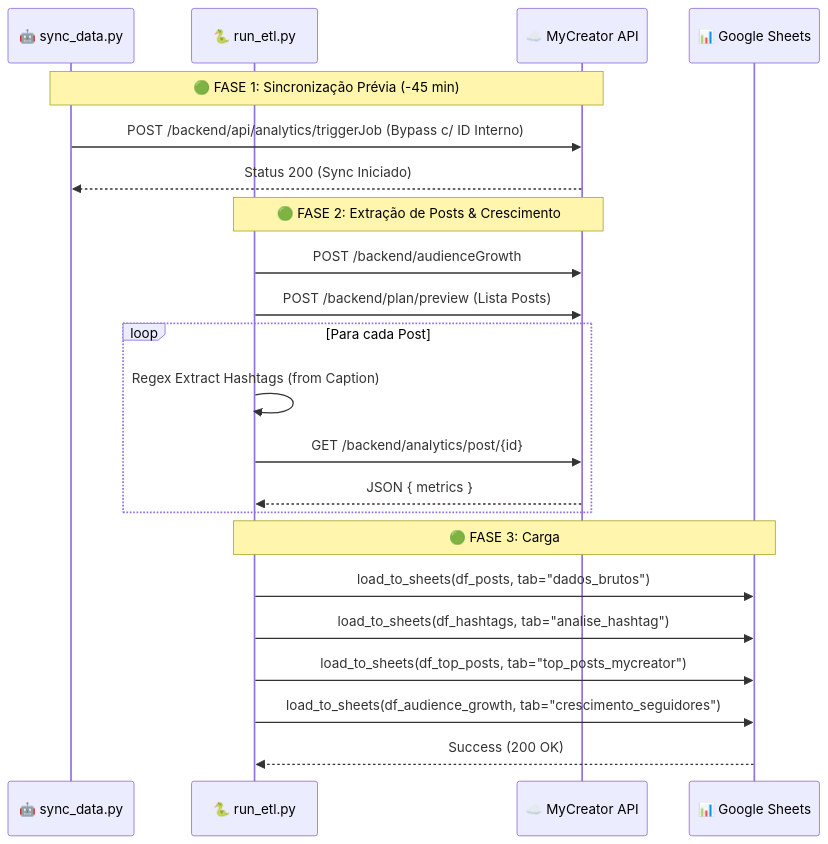
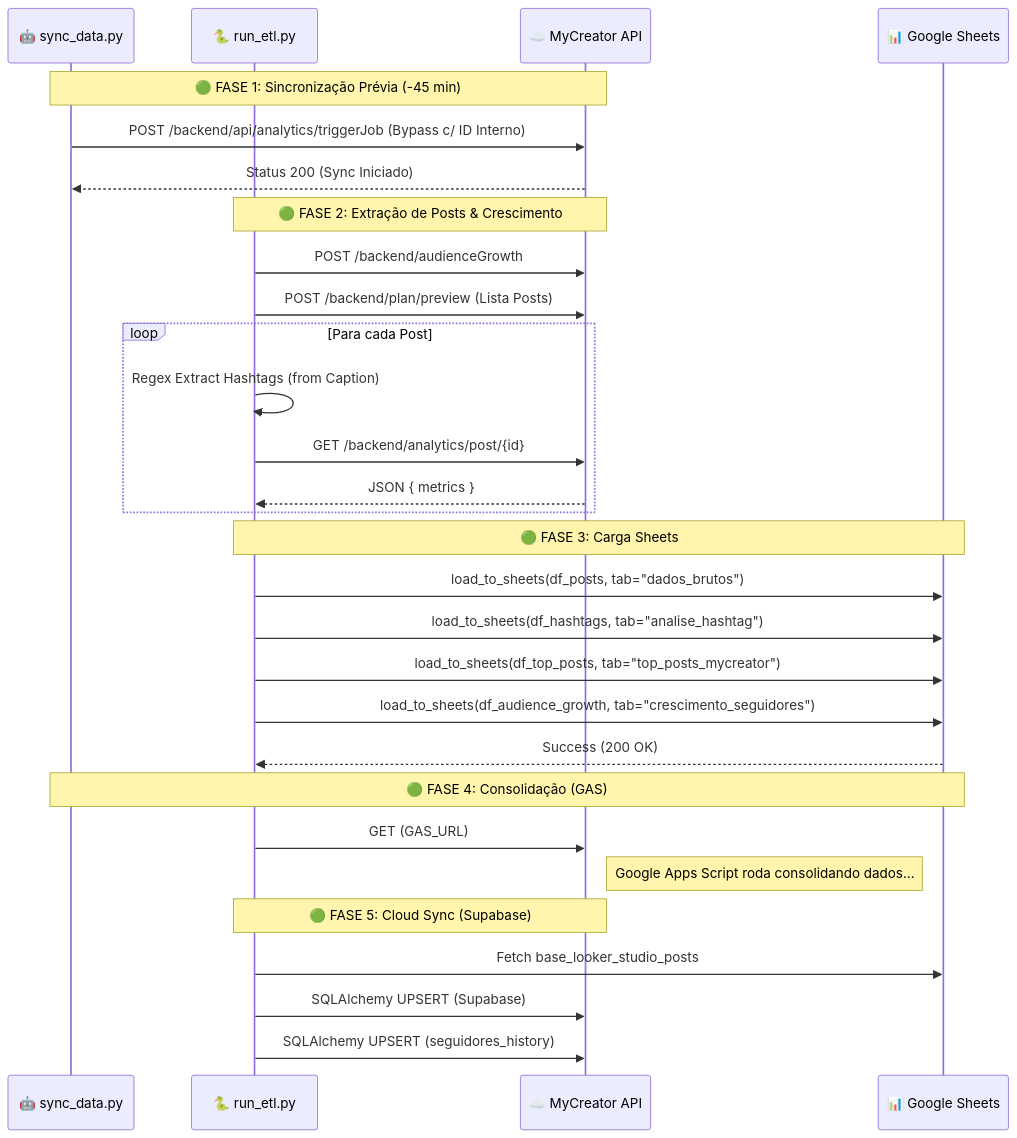
One commit to mscarpenter-myside/mycreator-analytics changed the second of 3 diagrams in Docs/DOC_TECNICA.md. Above: the diagram before and after it, drawn with Mermaid. The commit also changed other lines of this file and 3 other files, not shown here.

Commit message:
docs: arquitetura cloud supabase, dicionário de dados e ferramentas de verificação

````diff
--- a/Docs/DOC_TECNICA.md
+++ b/Docs/DOC_TECNICA.md
@@ -61,27 +67,36 @@
 ```mermaid
 sequenceDiagram
     participant SYNC as 🤖 sync_data.py
     participant ETL as 🐍 run_etl.py
     participant API as ☁️ MyCreator API
     participant Sheet as 📊 Google Sheets
 
     Note over SYNC, API: 🟢 FASE 1: Sincronização Prévia (-45 min)
     SYNC->>API: POST /backend/api/analytics/triggerJob (Bypass c/ ID Interno)
     API-->>SYNC: Status 200 (Sync Iniciado)
 
     Note over ETL, API: 🟢 FASE 2: Extração de Posts & Crescimento
     ETL->>API: POST /backend/audienceGrowth
     ETL->>API: POST /backend/plan/preview (Lista Posts)
     loop Para cada Post
         ETL->>ETL: Regex Extract Hashtags (from Caption)
         ETL->>API: GET /backend/analytics/post/{id}
         API-->>ETL: JSON { metrics }
     end
 
-    Note over ETL, Sheet: 🟢 FASE 3: Carga
+    Note over ETL, Sheet: 🟢 FASE 3: Carga Sheets
     ETL->>Sheet: load_to_sheets(df_posts, tab="dados_brutos")
     ETL->>Sheet: load_to_sheets(df_hashtags, tab="analise_hashtag")
     ETL->>Sheet: load_to_sheets(df_top_posts, tab="top_posts_mycreator")
     ETL->>Sheet: load_to_sheets(df_audience_growth, tab="crescimento_seguidores")
     Sheet-->>ETL: Success (200 OK)
+
+    Note over SYNC, Sheet: 🟢 FASE 4: Consolidação (GAS)
+    ETL->>API: GET (GAS_URL)
+    Note right of API: Google Apps Script roda consolidando dados...
+
+    Note over ETL, API: 🟢 FASE 5: Cloud Sync (Supabase)
+    ETL->>Sheet: Fetch base_looker_studio_posts
+    ETL->>API: SQLAlchemy UPSERT (Supabase)
+    ETL->>API: SQLAlchemy UPSERT (seguidores_history)
 ```
````
